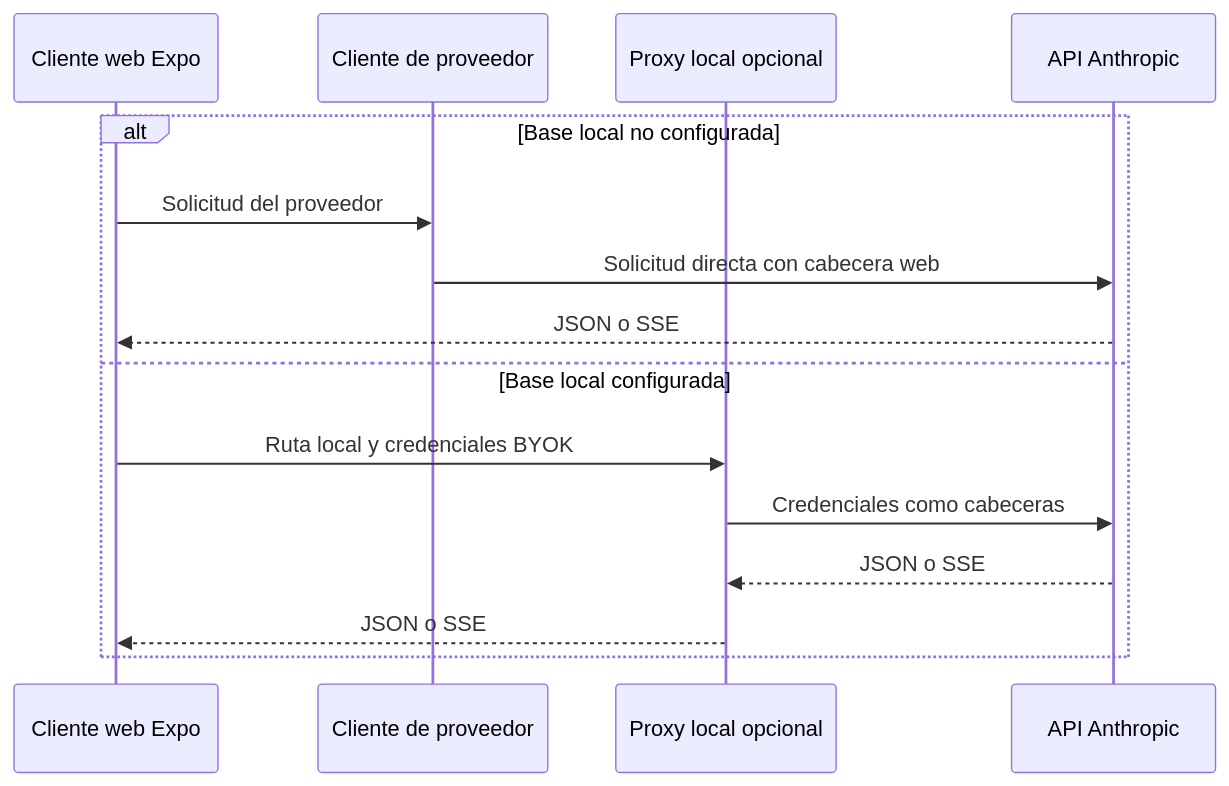
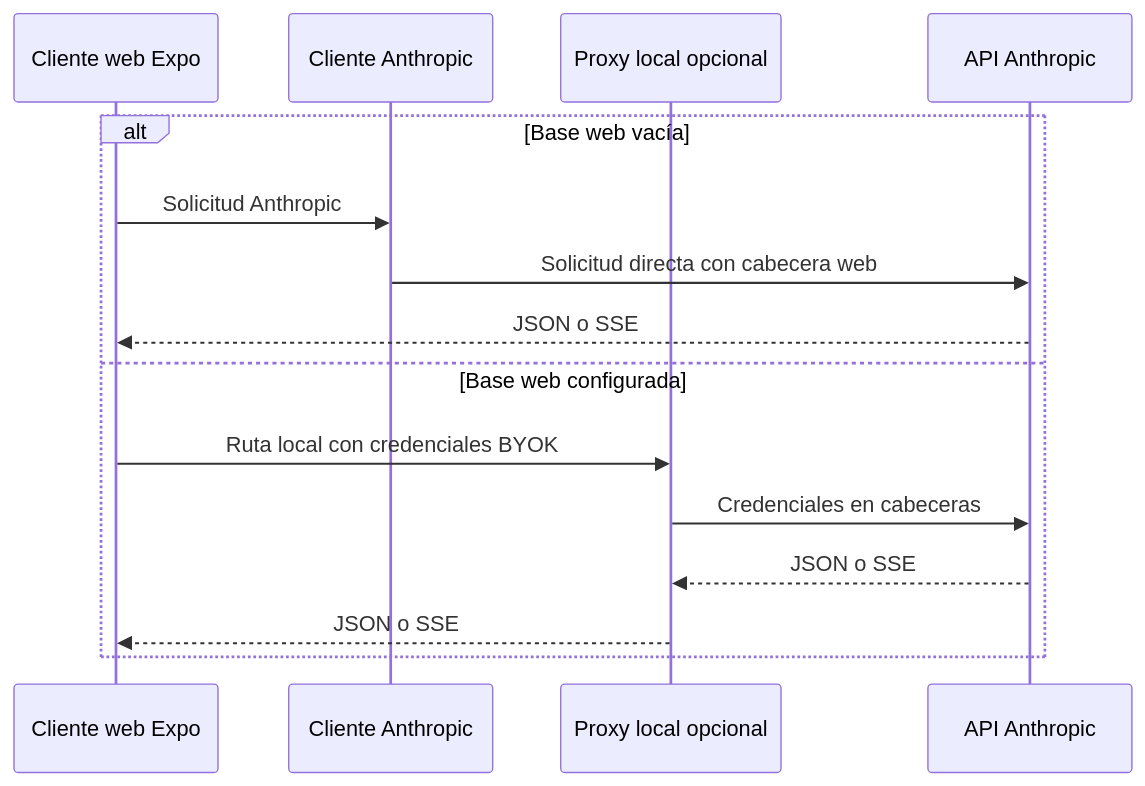
The diagram in openwiki/services/anthropic-proxy.md (maximofn/gymnasia), drawn with Mermaid before and after one commit. The commit also changed other lines of this file and 22 other files, not shown here.

````diff
--- a/openwiki/services/anthropic-proxy.md
+++ b/openwiki/services/anthropic-proxy.md
@@ -56,17 +63,17 @@
 ```mermaid
 sequenceDiagram
     participant Browser as Cliente web Expo
-    participant App as Cliente de proveedor
+    participant Client as Cliente Anthropic
     participant Proxy as Proxy local opcional
     participant Anthropic as API Anthropic
-    alt Base local no configurada
-        Browser->>App: Solicitud del proveedor
-        App->>Anthropic: Solicitud directa con cabecera web
+    alt Base web vacía
+        Browser->>Client: Solicitud Anthropic
+        Client->>Anthropic: Solicitud directa con cabecera web
         Anthropic-->>Browser: JSON o SSE
-    else Base local configurada
-        Browser->>Proxy: Ruta local y credenciales BYOK
-        Proxy->>Anthropic: Credenciales como cabeceras
+    else Base web configurada
+        Browser->>Proxy: Ruta local con credenciales BYOK
+        Proxy->>Anthropic: Credenciales en cabeceras
         Anthropic-->>Proxy: JSON o SSE
         Proxy-->>Browser: JSON o SSE
     end
 ```
````
